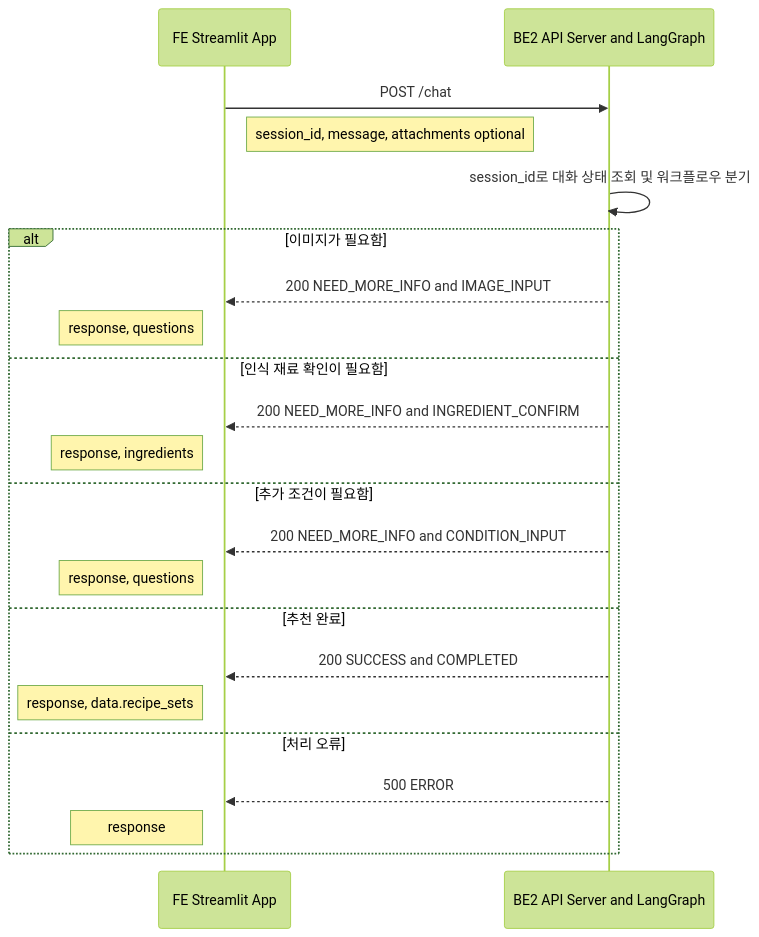
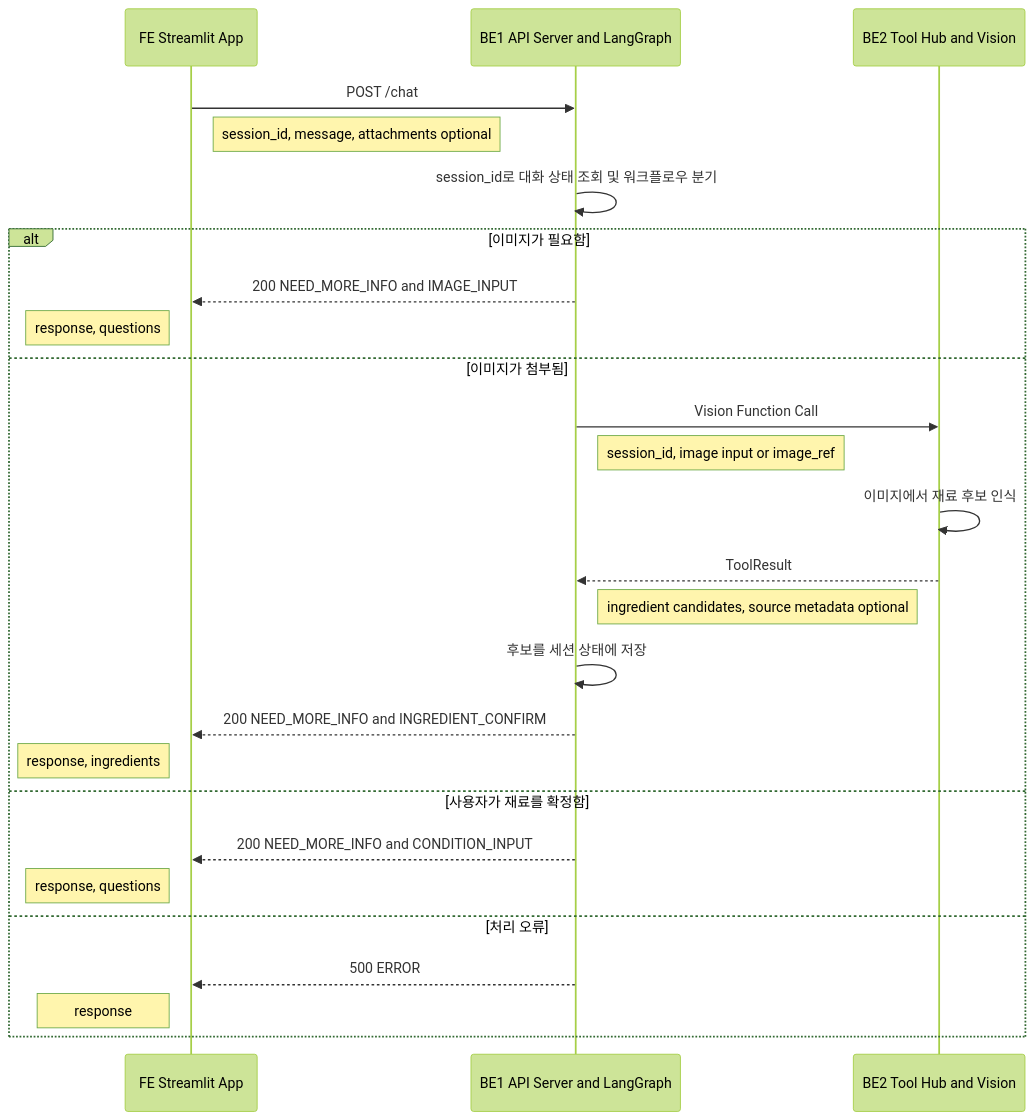
Before and after one commit to DongJunee/2026_aio2_p2_PlanEat_Backend: the first of 3 diagrams in docs/data-flow.md, drawn with Mermaid (forest theme). The commit also changed other lines of this file and 6 other files, not shown here.

````diff
--- a/docs/data-flow.md
+++ b/docs/data-flow.md
@@ -15,26 +15,30 @@
 ```mermaid
 sequenceDiagram
     participant FE as FE Streamlit App
-    participant BE2 as BE2 API Server and LangGraph
+    participant BE1 as BE1 API Server and LangGraph
+    participant BE2 as BE2 Tool Hub and Vision
 
-    FE->>BE2: POST /chat
+    FE->>BE1: POST /chat
     Note right of FE: session_id, message, attachments optional
-    BE2->>BE2: session_id로 대화 상태 조회 및 워크플로우 분기
+    BE1->>BE1: session_id로 대화 상태 조회 및 워크플로우 분기
 
     alt 이미지가 필요함
-        BE2-->>FE: 200 NEED_MORE_INFO and IMAGE_INPUT
+        BE1-->>FE: 200 NEED_MORE_INFO and IMAGE_INPUT
         Note left of FE: response, questions
-    else 인식 재료 확인이 필요함
-        BE2-->>FE: 200 NEED_MORE_INFO and INGREDIENT_CONFIRM
+    else 이미지가 첨부됨
+        BE1->>BE2: Vision Function Call
+        Note right of BE1: session_id, image input or image_ref
+        BE2->>BE2: 이미지에서 재료 후보 인식
+        BE2-->>BE1: ToolResult
+        Note left of BE2: ingredient candidates, source metadata optional
+        BE1->>BE1: 후보를 세션 상태에 저장
+        BE1-->>FE: 200 NEED_MORE_INFO and INGREDIENT_CONFIRM
         Note left of FE: response, ingredients
-    else 추가 조건이 필요함
-        BE2-->>FE: 200 NEED_MORE_INFO and CONDITION_INPUT
+    else 사용자가 재료를 확정함
+        BE1-->>FE: 200 NEED_MORE_INFO and CONDITION_INPUT
         Note left of FE: response, questions
-    else 추천 완료
-        BE2-->>FE: 200 SUCCESS and COMPLETED
-        Note left of FE: response, data.recipe_sets
     else 처리 오류
-        BE2-->>FE: 500 ERROR
+        BE1-->>FE: 500 ERROR
         Note left of FE: response
     end
 ```
````
